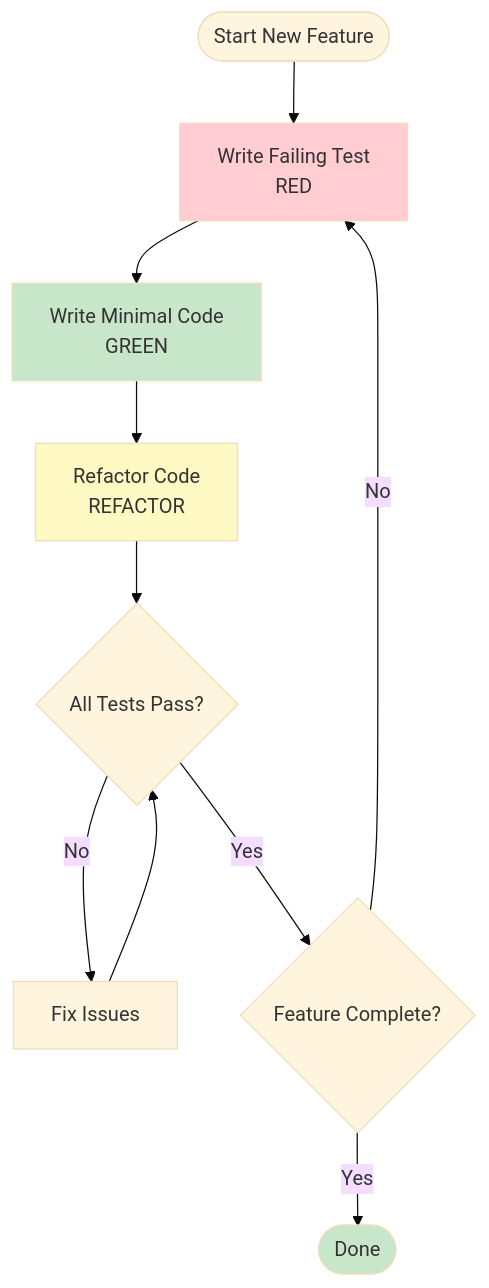
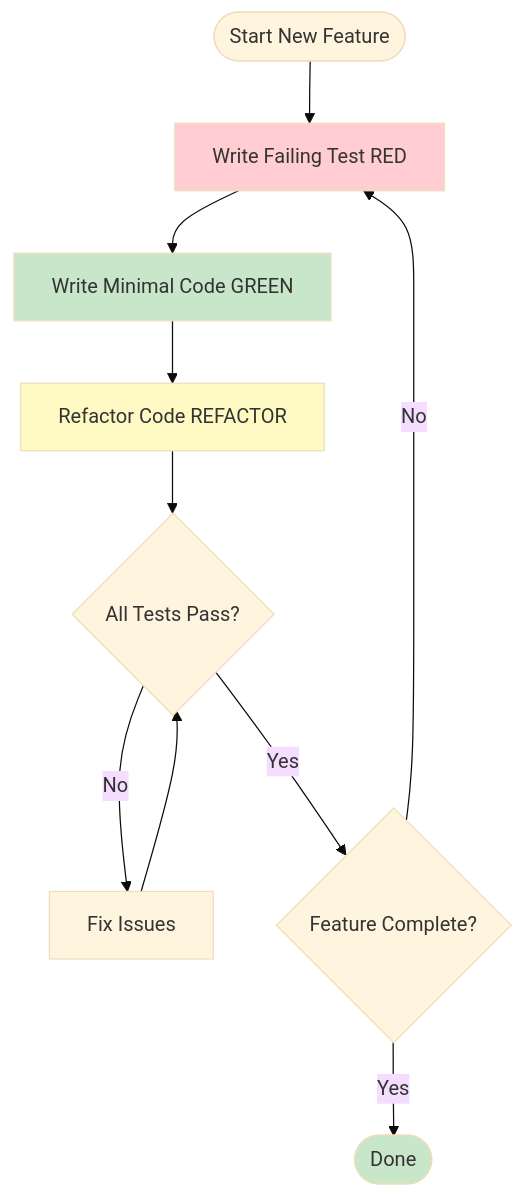
Before and after one commit to softwarewrighter/markdown-checker: the first of 5 diagrams in wiki/Development-Process.md, drawn with Mermaid (base theme). The commit also changed other lines of this file and 10 other files, not shown here.

````diff
--- a/wiki/Development-Process.md
+++ b/wiki/Development-Process.md
@@ -7,17 +7,17 @@
 ```mermaid
 graph TB
-    Start([Start New Feature]) --> Red[Write Failing Test<br/>RED]
-    Red --> Green[Write Minimal Code<br/>GREEN]
-    Green --> Refactor[Refactor Code<br/>REFACTOR]
+    Start([Start New Feature]) --> Red[Write Failing Test RED]
+    Red --> Green[Write Minimal Code GREEN]
+    Green --> Refactor[Refactor Code REFACTOR]
     Refactor --> Test{All Tests Pass?}
     Test -->|No| Fix[Fix Issues]
     Fix --> Test
     Test -->|Yes| Complete{Feature Complete?}
     Complete -->|No| Red
     Complete -->|Yes| Done([Done])
 
     style Red fill:#ffcdd2
     style Green fill:#c8e6c9
     style Refactor fill:#fff9c4
     style Done fill:#c8e6c9
 ```
````
